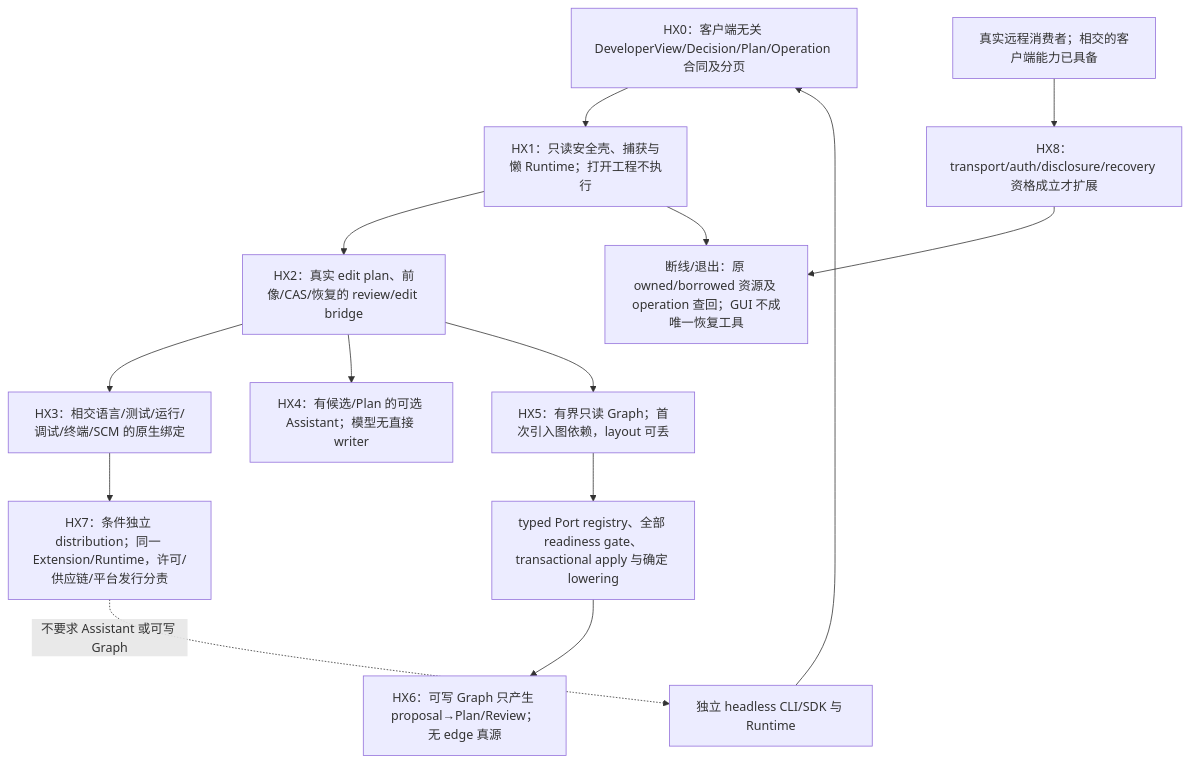
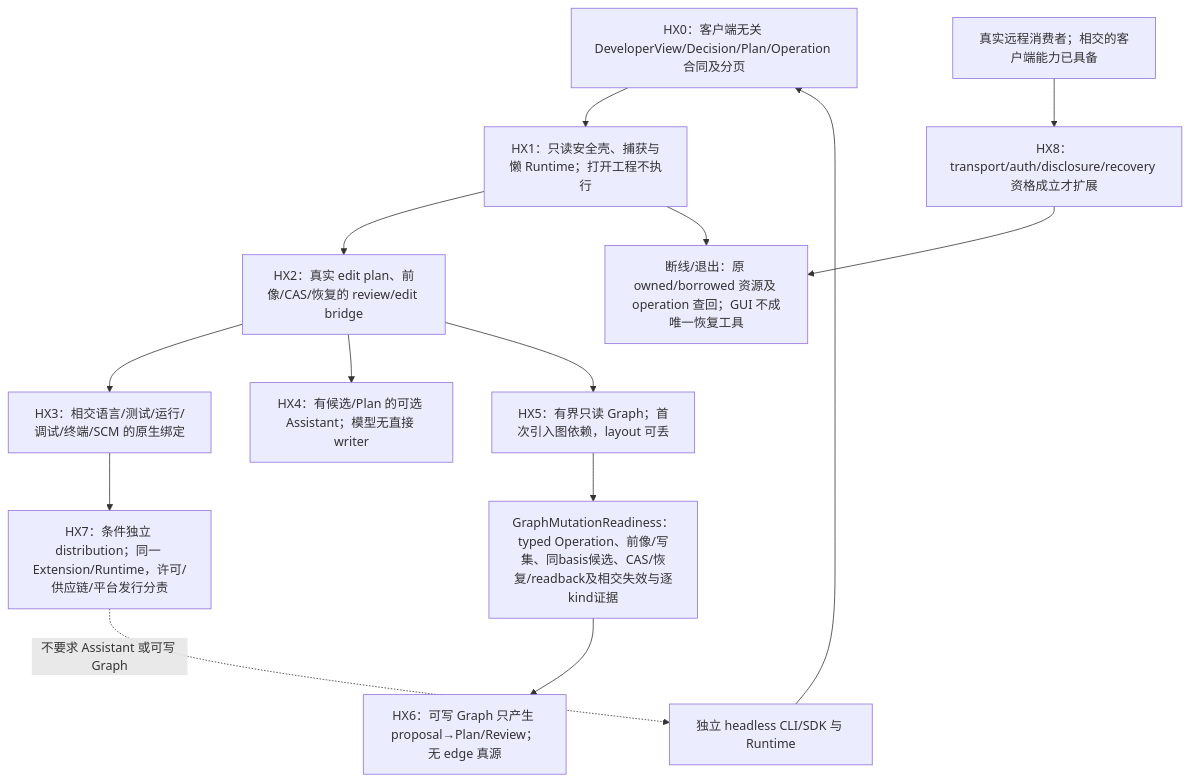
Before and after one commit to sec-platform/sec: the fifth of 5 diagrams in docs/演进/实施/主线前沿与准入.md, drawn with Mermaid. The commit also changed other lines of this file and 122 other files, not shown here.

First line of the commit message:
docs: unify system diagrams and remove redundant design text (#882)

````diff
--- a/docs/演进/实施/主线前沿与准入.md
+++ b/docs/演进/实施/主线前沿与准入.md
@@ -773,16 +751,16 @@
 ```mermaid
 flowchart TD
   hx0["HX0：客户端无关 DeveloperView/Decision/Plan/Operation 合同及分页"] --> hx1["HX1：只读安全壳、捕获与懒 Runtime；打开工程不执行"]
   hx1 --> hx2["HX2：真实 edit plan、前像/CAS/恢复的 review/edit bridge"]
   hx2 --> hx3["HX3：相交语言/测试/运行/调试/终端/SCM 的原生绑定"]
   hx2 --> hx4["HX4：有候选/Plan 的可选 Assistant；模型无直接 writer"]
   hx2 --> hx5["HX5：有界只读 Graph；首次引入图依赖，layout 可丢"]
-  hx5 --> gate["typed Port registry、全部 readiness gate、transactional apply 与确定 lowering"]
+  hx5 --> gate["GraphMutationReadiness：typed Operation、前像/写集、同basis候选、CAS/恢复/readback及相交失效与逐kind证据"]
   gate --> hx6["HX6：可写 Graph 只产生 proposal→Plan/Review；无 edge 真源"]
   hx3 --> hx7["HX7：条件独立 distribution；同一 Extension/Runtime，许可/供应链/平台发行分责"]
   remote["真实远程消费者；相交的客户端能力已具备"] --> hx8["HX8：transport/auth/disclosure/recovery 资格成立才扩展"]
   core["独立 headless CLI/SDK 与 Runtime"] --> hx0
   hx7 -.->|不要求 Assistant 或可写 Graph| core
   hx8 --> close["断线/退出：原 owned/borrowed 资源及 operation 查回；GUI 不成唯一恢复工具"]
   hx1 --> close
 ```
````
